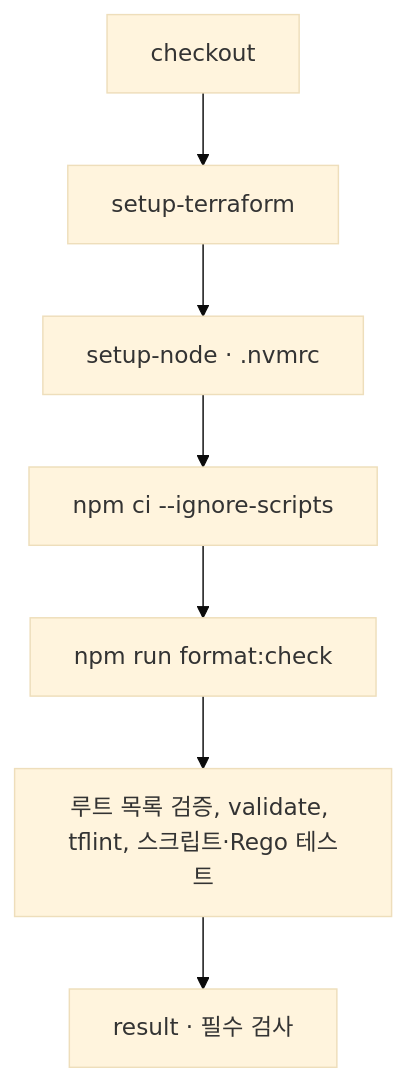
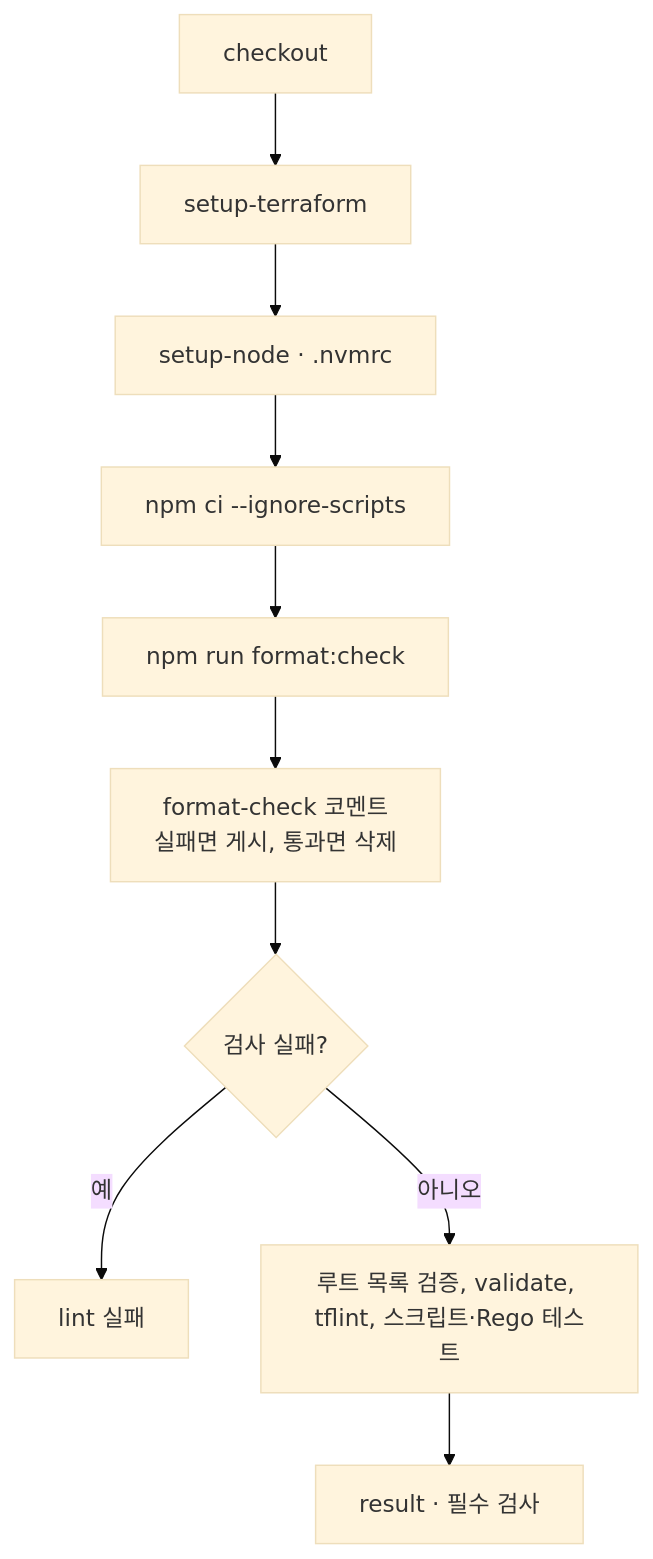
The diagram in docs/ci/format.md (kintoun-secops/kintoun-infra), drawn with Mermaid (base theme) before and after one commit. The commit also changed other lines of this file and 2 other files, not shown here.

Commit message:
ci(.github): 포맷 검사 실패를 PR 코멘트로 알립니다
lint 의 포맷 검사가 실패하면 format-check 헤더의 sticky 코멘트로 알리고 포맷 검사
문서를 링크합니다. 지적된 파일은 코멘트에 담지 않고 잡 로그에서 확인합니다.
검사 내용이 바뀌어도 문서만 고치면 되도록 본문은 안내와 링크만 둡니다.

검사가 통과한 커밋에서는 코멘트를 지웁니다. 코멘트를 남긴 뒤 잡을 실패시켜 필수
검사 결과는 그대로 유지합니다.

````diff
--- a/docs/ci/format.md
+++ b/docs/ci/format.md
@@ -57,9 +57,12 @@
 ```mermaid
 flowchart TD
     Checkout["checkout"] --> TF["setup-terraform"]
     TF --> Node["setup-node · .nvmrc"]
     Node --> Install["npm ci --ignore-scripts"]
     Install --> Check["npm run format:check"]
-    Check --> Rest["루트 목록 검증, validate, tflint, 스크립트·Rego 테스트"]
+    Check --> Comment["format-check 코멘트<br/>실패면 게시, 통과면 삭제"]
+    Comment --> Failed{"검사 실패?"}
+    Failed -->|예| Fail["lint 실패"]
+    Failed -->|아니오| Rest["루트 목록 검증, validate, tflint, 스크립트·Rego 테스트"]
     Rest --> Result["result · 필수 검사"]
 ```
````
